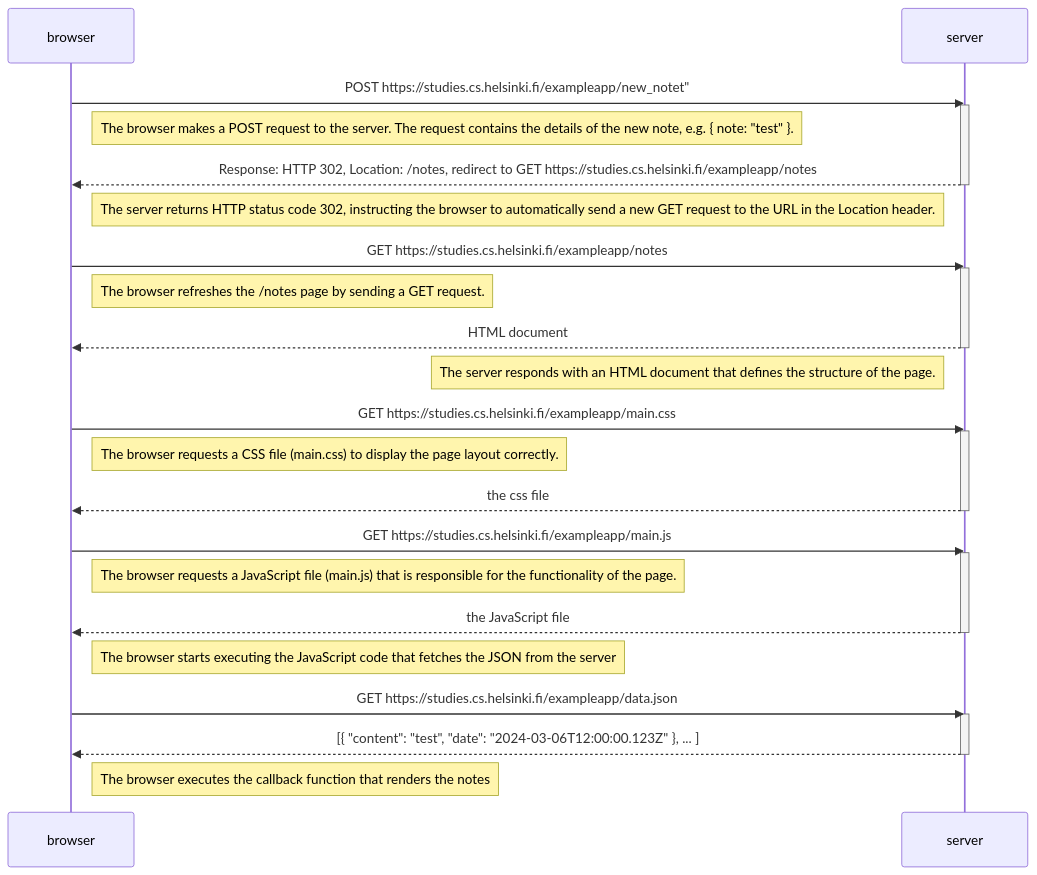
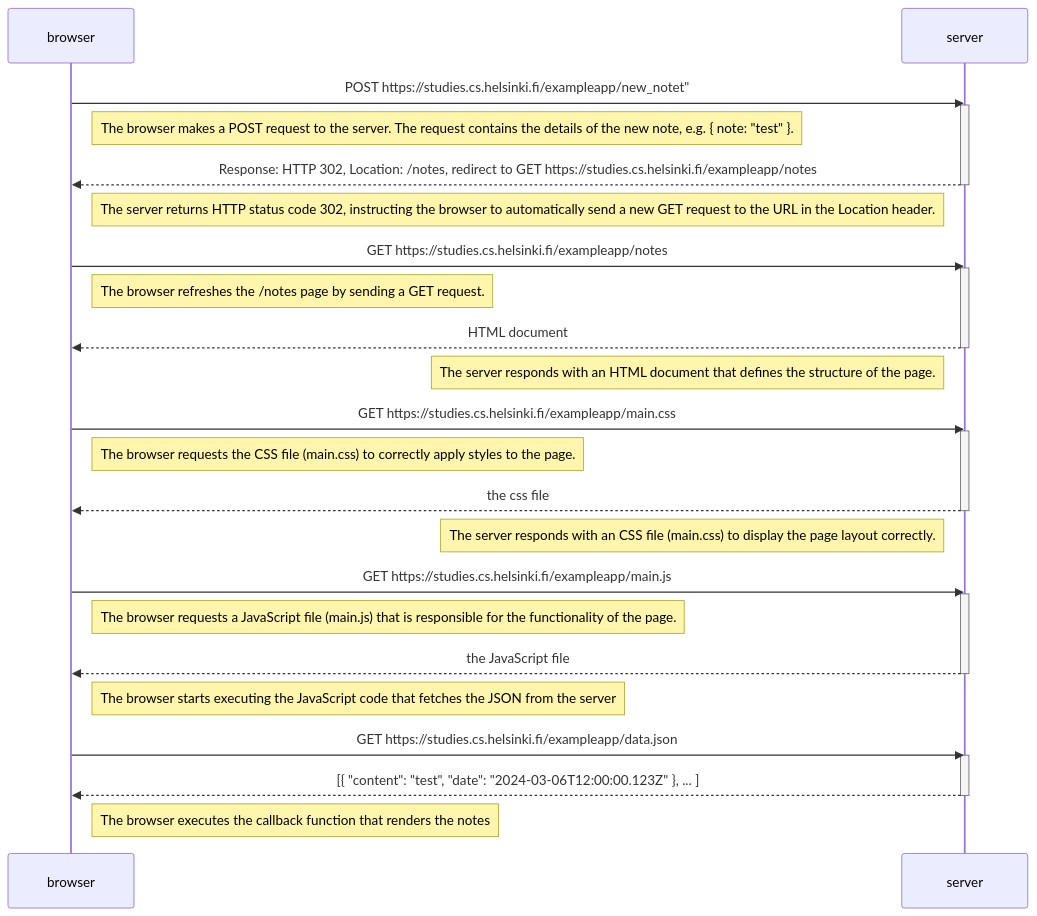
Before and after one commit to Maahantuoja/mooc_fullstackopen_palautusrepositorio: the diagram in osa0/README.md, drawn with Mermaid.

````diff
--- a/osa0/README.md
+++ b/osa0/README.md
@@ -5,50 +5,52 @@
 ```mermaid
 sequenceDiagram
     participant browser
     participant server
     
     browser->>server: POST https://studies.cs.helsinki.fi/exampleapp/new_notet"
     activate server
 
     Note right of browser: The browser makes a POST request to the server. The request contains the details of the new note, e.g. { note: "test" }.
 
     server-->>browser: Response: HTTP 302, Location: /notes, redirect to GET https://studies.cs.helsinki.fi/exampleapp/notes
     deactivate server
 
     Note left of server: The server returns HTTP status code 302, instructing the browser to automatically send a new GET request to the URL in the Location header.
 
     browser->>server: GET https://studies.cs.helsinki.fi/exampleapp/notes
     activate server
 
     Note right of browser: The browser refreshes the /notes page by sending a GET request.
 
     server-->>browser: HTML document
     deactivate server
 
     Note left of server: The server responds with an HTML document that defines the structure of the page.
 
     browser->>server: GET https://studies.cs.helsinki.fi/exampleapp/main.css
     activate server
 
-    Note right of browser: The browser requests a CSS file (main.css) to display the page layout correctly.
+    Note right of browser: The browser requests the CSS file (main.css) to correctly apply styles to the page.
 
     server-->>browser: the css file
     deactivate server
+
+    Note left of server: The server responds with an CSS file (main.css) to display the page layout correctly.
     
     browser->>server: GET https://studies.cs.helsinki.fi/exampleapp/main.js
     activate server
 
     Note right of browser: The browser requests a JavaScript file (main.js) that is responsible for the functionality of the page.
 
     server-->>browser: the JavaScript file
     deactivate server
     
     Note right of browser: The browser starts executing the JavaScript code that fetches the JSON from the server
     
     browser->>server: GET https://studies.cs.helsinki.fi/exampleapp/data.json
     activate server
     server-->>browser: [{ "content": "test", "date": "2024-03-06T12:00:00.123Z" }, ... ]
     deactivate server    
 
     Note right of browser: The browser executes the callback function that renders the notes 
 ```
````
